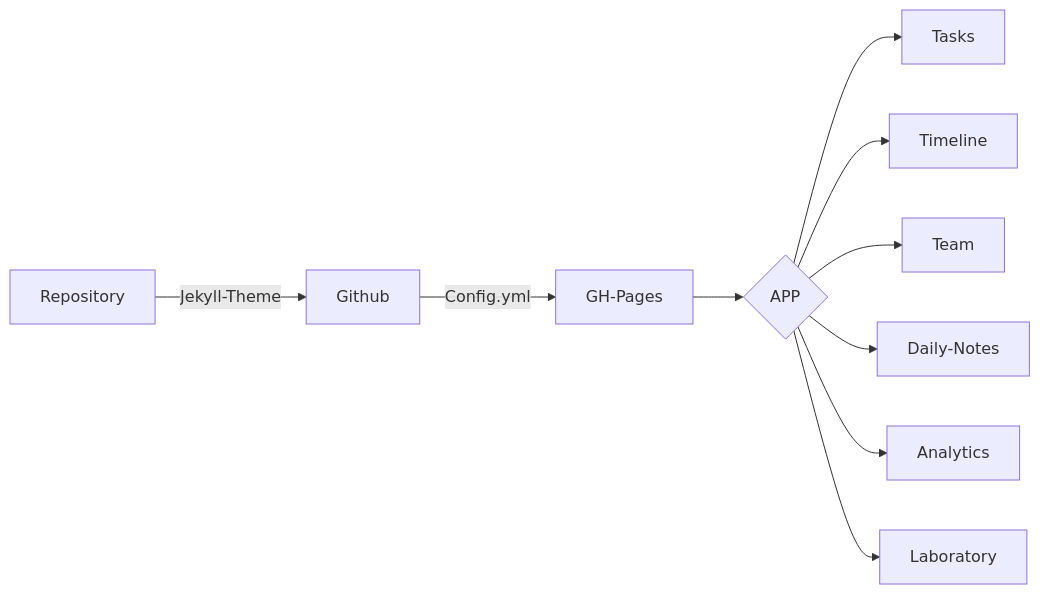
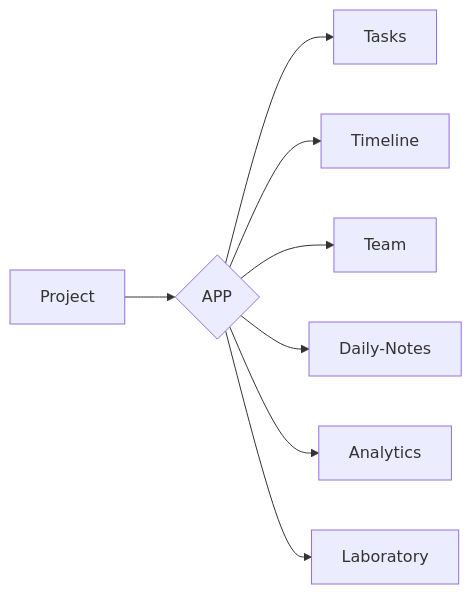
The diagram in readme.md (SauloCandeira/testes), drawn with Mermaid before and after one commit.

````diff
--- a/readme.md
+++ b/readme.md
@@ -20,14 +20,14 @@
 ```mermaid
 flowchart LR
-X[Repository] -->|Jekyll-Theme| A[Jekyll]
-A[Github] -->|Config.yml| B[GH-Pages]
+
+B[Project]
 
 B --> C{APP}
 C --> J[Tasks]
 C --> K[Timeline]
 C --> L[Team]
 C --> M[Daily-Notes]
 C --> N[Analytics]
 C --> O[Laboratory]
 
 ```
````
